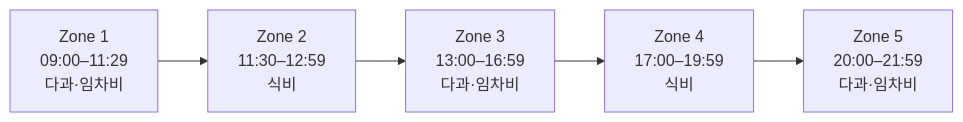
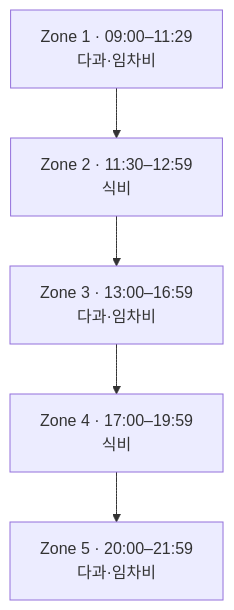
Before and after one commit to chuloh-careerhigh/careerhigh_workexp_2608: the third of 3 diagrams in team-activity/expenses/usage-principles.mdx, drawn with Mermaid. The commit also changed other lines of this file and 1 other file, not shown here.

First line of the commit message:
Make Mermaid diagrams legible on mobile

````diff
--- a/team-activity/expenses/usage-principles.mdx
+++ b/team-activity/expenses/usage-principles.mdx
@@ -79,4 +79,4 @@
 ```mermaid
-flowchart LR
-  Z1["Zone 1<br/>09:00–11:29<br/>다과·임차비"] --> Z2["Zone 2<br/>11:30–12:59<br/>식비"] --> Z3["Zone 3<br/>13:00–16:59<br/>다과·임차비"] --> Z4["Zone 4<br/>17:00–19:59<br/>식비"] --> Z5["Zone 5<br/>20:00–21:59<br/>다과·임차비"]
+flowchart TD
+  Z1["Zone 1 · 09:00–11:29<br/>다과·임차비"] --> Z2["Zone 2 · 11:30–12:59<br/>식비"] --> Z3["Zone 3 · 13:00–16:59<br/>다과·임차비"] --> Z4["Zone 4 · 17:00–19:59<br/>식비"] --> Z5["Zone 5 · 20:00–21:59<br/>다과·임차비"]
 ```
````
